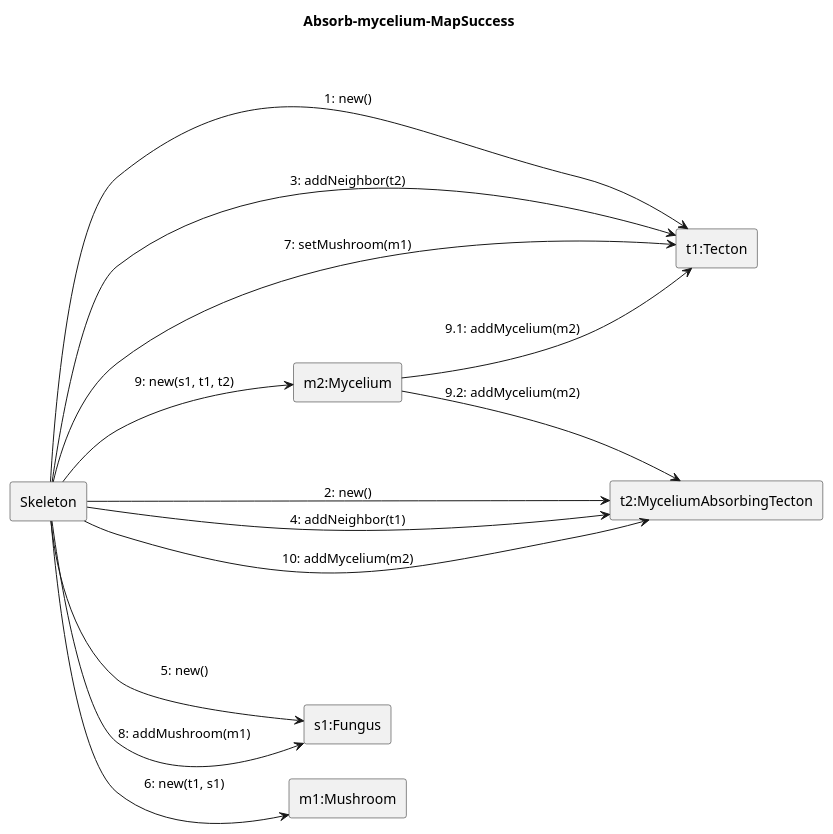
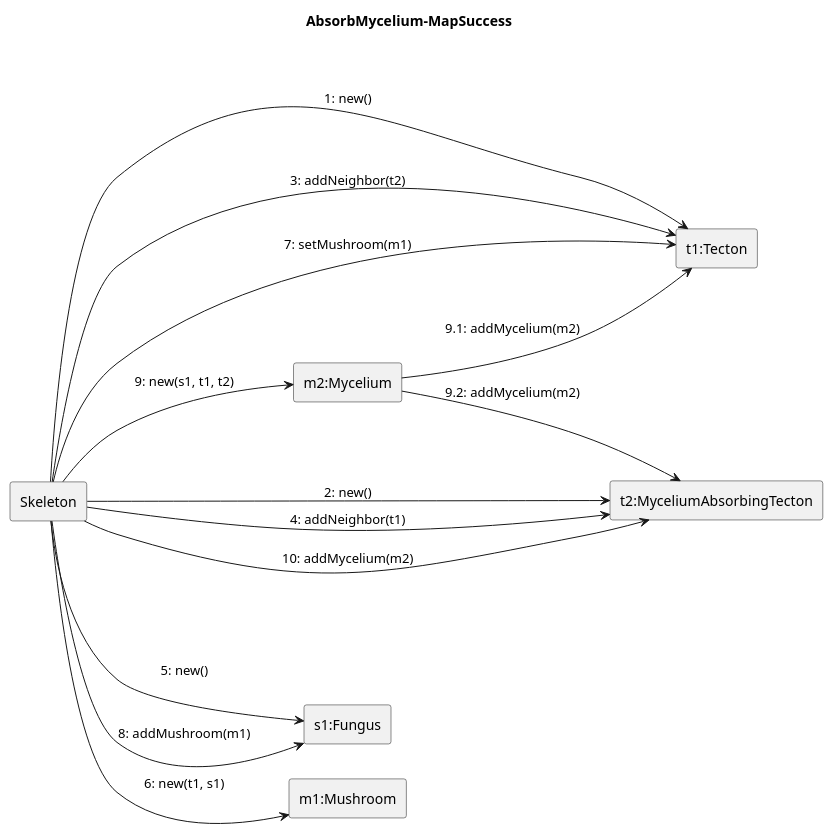
One commit to ZD4ve/projlab-error521 changed the diagram in Skeleton/Absorb-mycelium/map-success.pu. Above: the diagram before and after it, drawn with PlantUML.

Commit message:
it's fixed!!!

```diff
--- a/Skeleton/Absorb-mycelium/map-success.pu
+++ b/Skeleton/Absorb-mycelium/map-success.pu
@@ -1,26 +1,26 @@
 @startuml Absorb-mycelium/map-success
 left to right direction
-title Absorb-mycelium-MapSuccess
+title AbsorbMycelium-MapSuccess
 
 rectangle Skeleton
 
 rectangle "t1:Tecton" as t1
 rectangle "t2:MyceliumAbsorbingTecton" as t2
 rectangle "s1:Fungus" as s1
 rectangle "m1:Mushroom" as m1
 rectangle "m2:Mycelium" as m2
 
 Skeleton --> t1: 1: new()
 Skeleton --> t2: 2: new()
 Skeleton --> t1: 3: addNeighbor(t2)
 Skeleton --> t2: 4: addNeighbor(t1)
 Skeleton --> s1 : 5: new()
 Skeleton --> m1: 6: new(t1, s1)
 Skeleton --> t1 : 7: setMushroom(m1)
 Skeleton --> s1: 8: addMushroom(m1)
 Skeleton --> m2: 9: new(s1, t1, t2)
 m2 --> t1 : 9.1: addMycelium(m2)
 m2 --> t2 : 9.2: addMycelium(m2)
 Skeleton --> t2: 10: addMycelium(m2)
 
 @enduml
```
